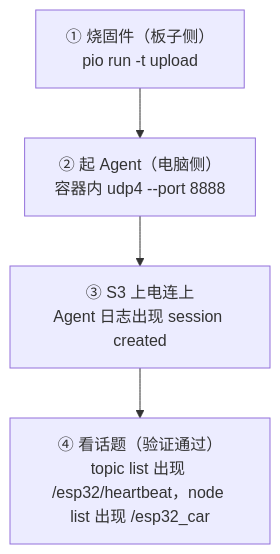
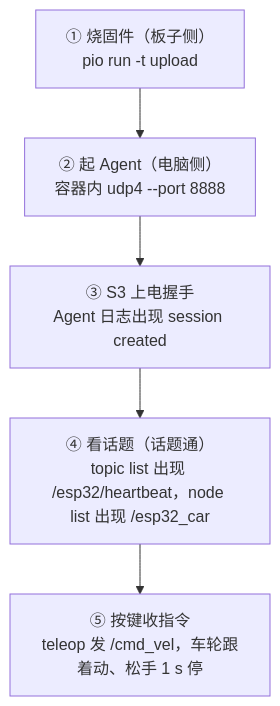
The eighth of 8 diagrams in docs/ROS2与micro-ROS选型.md (Zhangshuokai/rsp-cam), drawn with Mermaid before and after one commit. The commit also changed other lines of this file and 2 other files, not shown here.

Commit message:
docs(webppt): 重建 ESP32-S3接入micro-ROS 成品（含点式动画）并同步 docs 图文要点

````diff
--- a/docs/ROS2与micro-ROS选型.md
+++ b/docs/ROS2与micro-ROS选型.md
@@ -317,6 +317,7 @@
 ```mermaid
 flowchart TD
     S1["① 烧固件（板子侧）<br/>pio run -t upload"] --> S2["② 起 Agent（电脑侧）<br/>容器内 udp4 --port 8888"]
-    S2 --> S3["③ S3 上电连上<br/>Agent 日志出现 session created"]
-    S3 --> S4["④ 看话题（验证通过）<br/>topic list 出现 /esp32/heartbeat，node list 出现 /esp32_car"]
+    S2 --> S3["③ S3 上电握手<br/>Agent 日志出现 session created"]
+    S3 --> S4["④ 看话题（话题通）<br/>topic list 出现 /esp32/heartbeat，node list 出现 /esp32_car"]
+    S4 --> S5["⑤ 按键收指令<br/>teleop 发 /cmd_vel，车轮跟着动、松手 1 s 停"]
 ```
````
